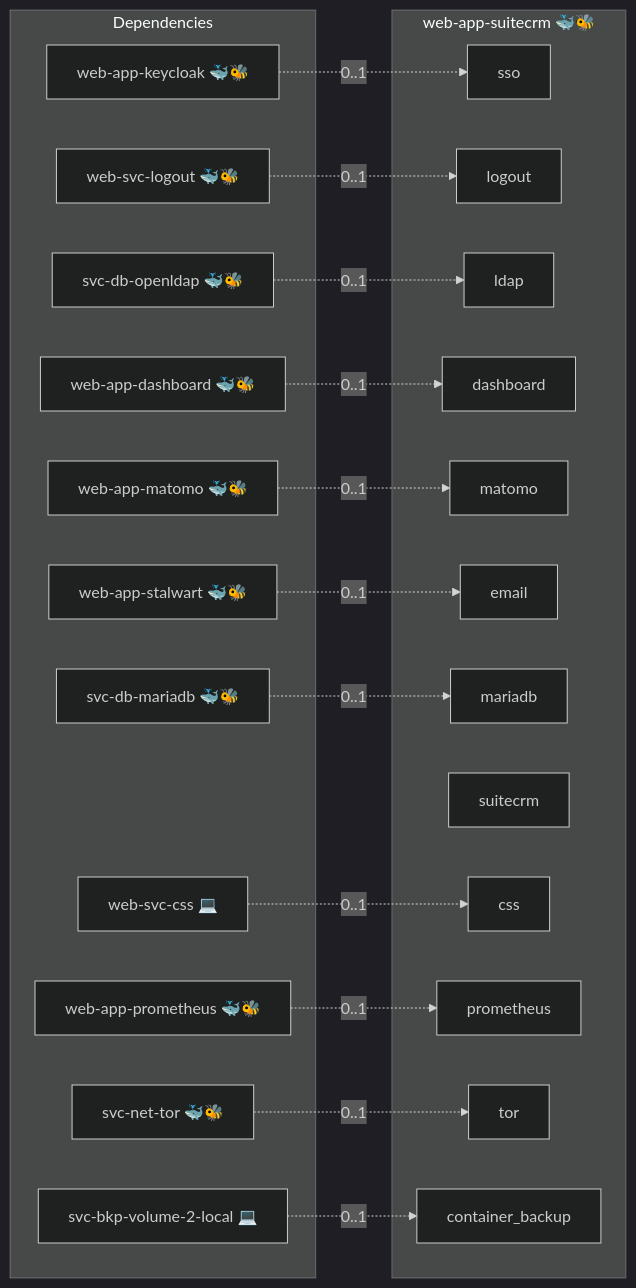
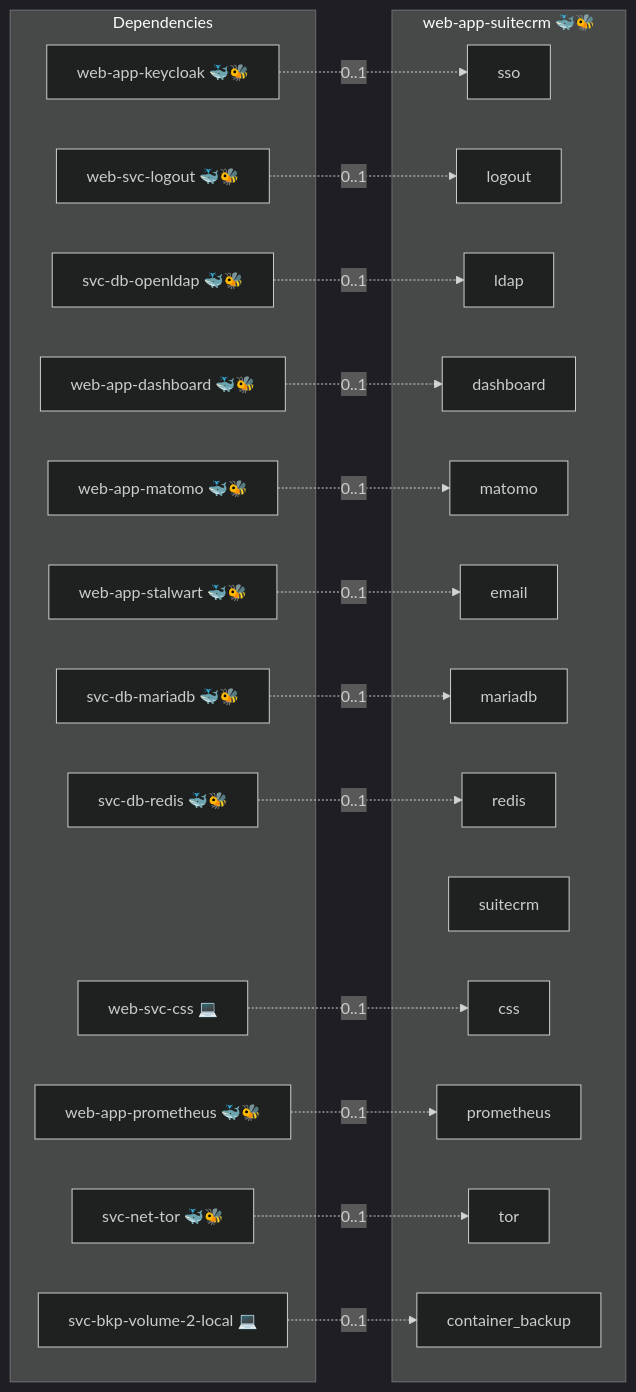
One commit to evangelostsak/infinito.nexus changed the diagram in roles/web-app-suitecrm/README.md. Above: the diagram before and after it, drawn with Mermaid (dark theme). The commit also changed 3 other files, not shown here.

````diff
--- a/roles/web-app-suitecrm/README.md
+++ b/roles/web-app-suitecrm/README.md
@@ -24,41 +24,44 @@
 ```mermaid
 flowchart LR
     subgraph deps [Dependencies]
         dep_svc_bkp_volume_2_local["svc-bkp-volume-2-local 💻"]
         dep_svc_db_mariadb["svc-db-mariadb 🐳🐝"]
         dep_svc_db_openldap["svc-db-openldap 🐳🐝"]
+        dep_svc_db_redis["svc-db-redis 🐳🐝"]
         dep_svc_net_tor["svc-net-tor 🐳🐝"]
         dep_web_app_dashboard["web-app-dashboard 🐳🐝"]
         dep_web_app_keycloak["web-app-keycloak 🐳🐝"]
         dep_web_app_matomo["web-app-matomo 🐳🐝"]
         dep_web_app_prometheus["web-app-prometheus 🐳🐝"]
         dep_web_app_stalwart["web-app-stalwart 🐳🐝"]
         dep_web_svc_css["web-svc-css 💻"]
         dep_web_svc_logout["web-svc-logout 🐳🐝"]
     end
     subgraph role [web-app-suitecrm 🐳🐝]
         svc_sso["sso"]
         svc_logout["logout"]
         svc_ldap["ldap"]
         svc_dashboard["dashboard"]
         svc_matomo["matomo"]
         svc_email["email"]
         svc_mariadb["mariadb"]
+        svc_redis["redis"]
         svc_suitecrm["suitecrm"]
         svc_css["css"]
         svc_prometheus["prometheus"]
         svc_tor["tor"]
         svc_container_backup["container_backup"]
     end
     dep_svc_bkp_volume_2_local -. "0..1" .-> svc_container_backup
     dep_svc_db_mariadb -. "0..1" .-> svc_mariadb
     dep_svc_db_openldap -. "0..1" .-> svc_ldap
+    dep_svc_db_redis -. "0..1" .-> svc_redis
     dep_svc_net_tor -. "0..1" .-> svc_tor
     dep_web_app_dashboard -. "0..1" .-> svc_dashboard
     dep_web_app_keycloak -. "0..1" .-> svc_sso
     dep_web_app_matomo -. "0..1" .-> svc_matomo
     dep_web_app_prometheus -. "0..1" .-> svc_prometheus
     dep_web_app_stalwart -. "0..1" .-> svc_email
     dep_web_svc_css -. "0..1" .-> svc_css
     dep_web_svc_logout -. "0..1" .-> svc_logout
 ```
````
